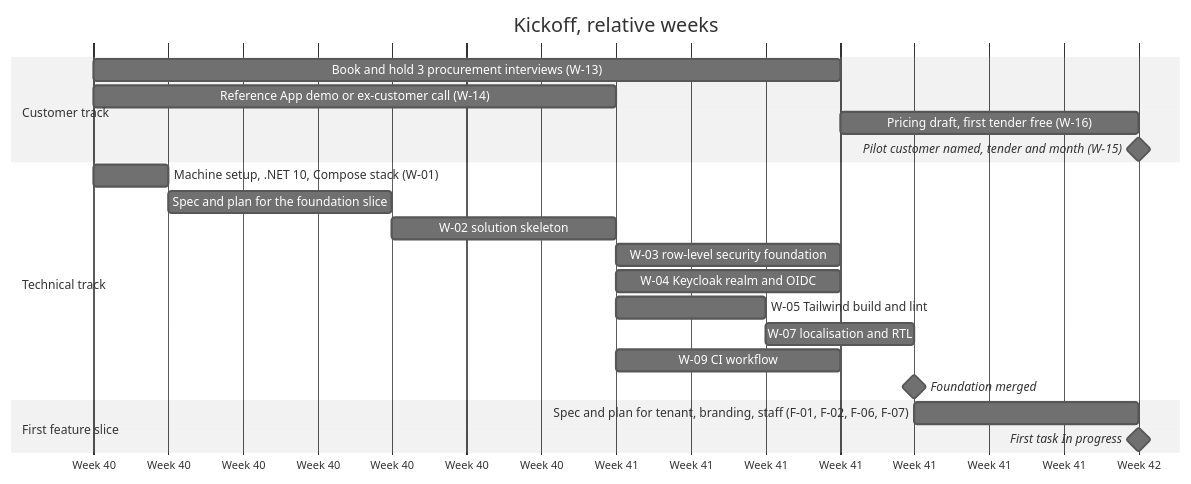
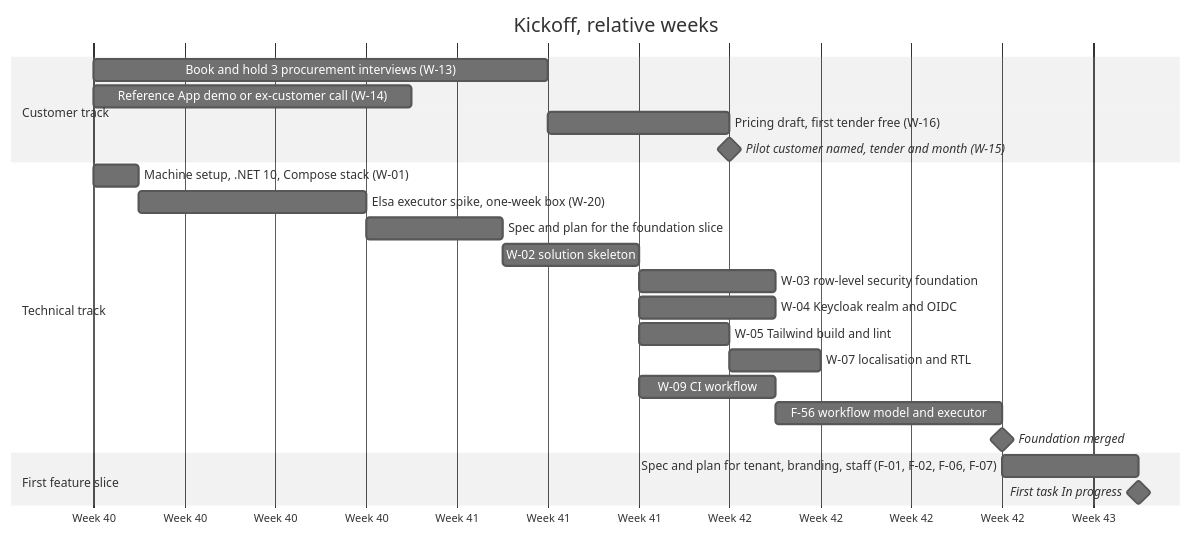
Before and after one commit to AhmedAssaf/ERP: the diagram in docs/10-kickoff.md, drawn with Mermaid (neutral theme). The commit also changed other lines of this file and 8 other files, not shown here.

First line of the commit message:
ADR-0003: tenant-configurable approval workflow from day one

````diff
--- a/docs/10-kickoff.md
+++ b/docs/10-kickoff.md
@@ -20,27 +20,29 @@
 ```mermaid
 gantt
     title Kickoff, relative weeks
     dateFormat YYYY-MM-DD
     axisFormat Week %W
 
     section Customer track
     Book and hold 3 procurement interviews (W-13)   :c1, 2026-10-05, 10d
     Reference App demo or ex-customer call (W-14)           :c2, 2026-10-05, 7d
     Pricing draft, first tender free (W-16)         :c3, after c1, 4d
     Pilot customer named, tender and month (W-15)   :milestone, c4, after c3, 0d
 
     section Technical track
     Machine setup, .NET 10, Compose stack (W-01)    :t0, 2026-10-05, 1d
-    Spec and plan for the foundation slice          :t1, after t0, 3d
+    Elsa executor spike, one-week box (W-20)        :t1a, after t0, 5d
+    Spec and plan for the foundation slice          :t1, after t1a, 3d
     W-02 solution skeleton                          :t2, after t1, 3d
     W-03 row-level security foundation              :t3, after t2, 3d
     W-04 Keycloak realm and OIDC                    :t4, after t2, 3d
     W-05 Tailwind build and lint                    :t5, after t2, 2d
     W-07 localisation and RTL                       :t6, after t5, 2d
     W-09 CI workflow                                :t7, after t2, 3d
-    Foundation merged                               :milestone, t8, after t3 t4 t6 t7, 0d
+    F-56 workflow model and executor                :t7b, after t3, 5d
+    Foundation merged                               :milestone, t8, after t3 t4 t6 t7 t7b, 0d
 
     section First feature slice
     Spec and plan for tenant, branding, staff (F-01, F-02, F-06, F-07) :f1, after t8, 3d
     First task In progress                          :milestone, f2, after f1, 0d
 ```
````
